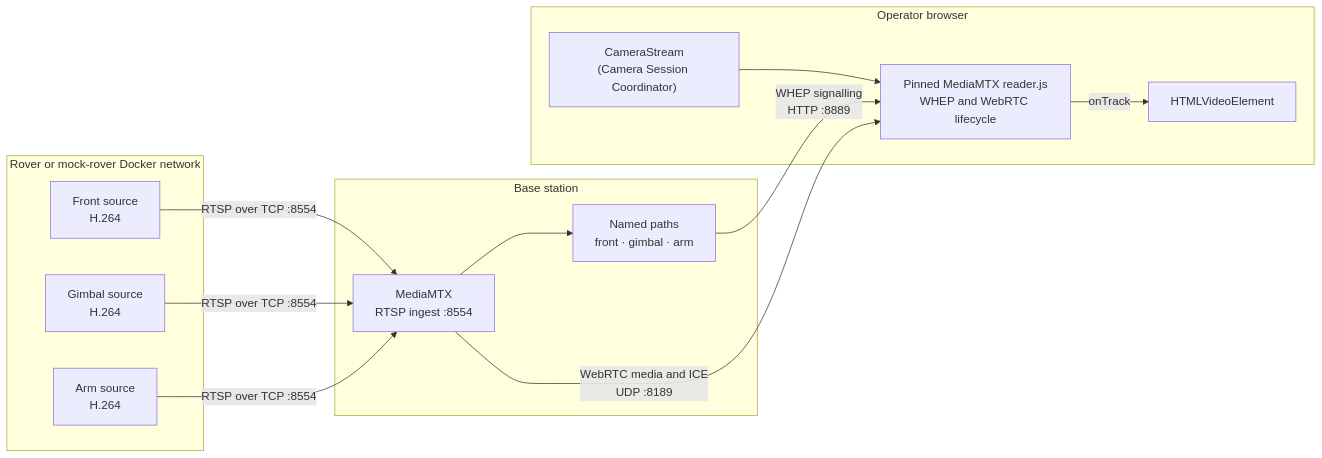
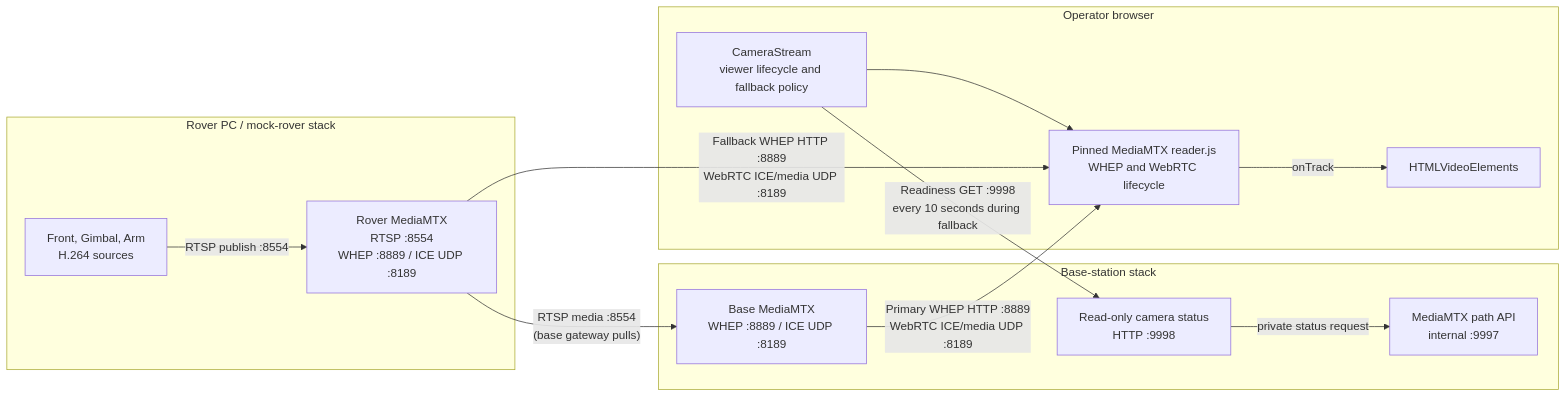
One commit to deakin-robotics/Chasmata-2027 changed the diagram in gui/docs/webrtc-camera-stream.md. Above: the diagram before and after it, drawn with Mermaid. The commit also changed other lines of this file and 25 other files, not shown here.

Commit message:
Add rover MediaMTX fallback for base-station camera outages

````diff
--- a/gui/docs/webrtc-camera-stream.md
+++ b/gui/docs/webrtc-camera-stream.md
@@ -15,30 +14,29 @@
 ```mermaid
 flowchart LR
-    subgraph rover["Rover or mock-rover Docker network"]
-        front["Front source\nH.264"]
-        gimbal["Gimbal source\nH.264"]
-        arm["Arm source\nH.264"]
+    subgraph rover["Rover PC / mock-rover stack"]
+        cameras["Front, Gimbal, Arm\nH.264 sources"]
+        roverMtx["Rover MediaMTX\nRTSP :8554\nWHEP :8889 / ICE UDP :8189"]
+        cameras -->|"RTSP publish :8554"| roverMtx
     end
 
-    subgraph base["Base station"]
-        gateway["MediaMTX\nRTSP ingest :8554"]
-        paths["Named paths\nfront · gimbal · arm"]
-        gateway --> paths
+    subgraph base["Base-station stack"]
+        baseMtx["Base MediaMTX\nWHEP :8889 / ICE UDP :8189"]
+        health["Read-only camera status\nHTTP :9998"]
+        api["MediaMTX path API\ninternal :9997"]
+        health -->|"private status request"| api
     end
 
-    front -->|"RTSP over TCP :8554"| gateway
-    gimbal -->|"RTSP over TCP :8554"| gateway
-    arm -->|"RTSP over TCP :8554"| gateway
+    roverMtx -->|"RTSP media :8554\n(base gateway pulls)"| baseMtx
 
     subgraph browser["Operator browser"]
-        viewer["CameraStream\n(Camera Session Coordinator)"]
+        viewer["CameraStream\nviewer lifecycle and fallback policy"]
         reader["Pinned MediaMTX reader.js\nWHEP and WebRTC lifecycle"]
-        video["HTMLVideoElement"]
-
+        video["HTMLVideoElements"]
         viewer --> reader
         reader -->|"onTrack"| video
     end
 
-    paths -->|"WHEP signalling\nHTTP :8889"| reader
-    gateway -->|"WebRTC media and ICE\nUDP :8189"| reader
+    baseMtx -->|"Primary WHEP HTTP :8889\nWebRTC ICE/media UDP :8189"| reader
+    roverMtx -->|"Fallback WHEP HTTP :8889\nWebRTC ICE/media UDP :8189"| reader
+    viewer -->|"Readiness GET :9998\nevery 10 seconds during fallback"| health
 ```
````
